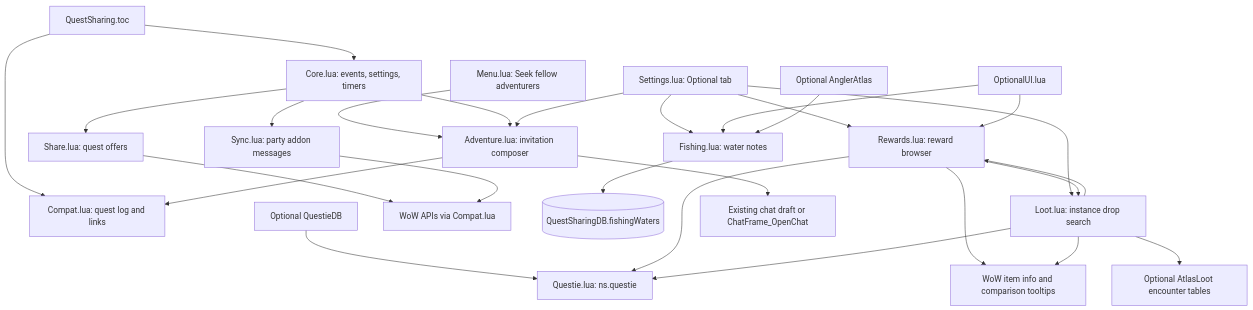
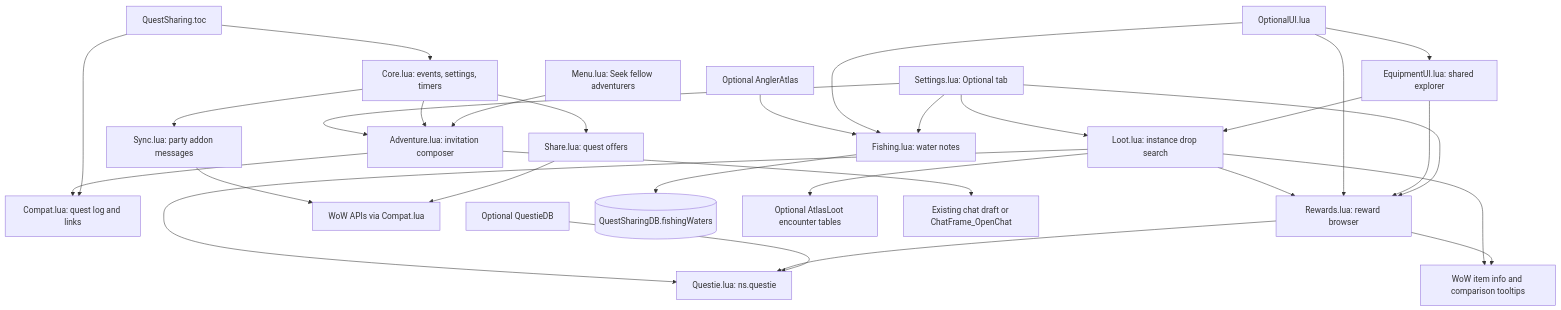
The first of 8 diagrams in context/architecture.md (YodaGitMaster/QuestSharing), drawn with Mermaid before and after one commit. The commit also changed other lines of this file and 12 other files, not shown here.

Commit message:
Unify equipment browsers with dungeon scope and shared filters

````diff
--- a/context/architecture.md
+++ b/context/architecture.md
@@ -81,29 +83,31 @@
 ```mermaid
 flowchart TD
     TOC[QuestSharing.toc] --> Compat[Compat.lua: ns.compat]
     TOC --> Core[Core.lua: events, settings, timers]
     Core --> Share[Share.lua: quest offers]
     Core --> Sync[Sync.lua: party addon messages]
     DB[Optional QuestieDB] --> Q[Questie.lua: ns.questie]
     Share --> API[WoW APIs via Compat.lua]
     Sync --> API
     Settings[Settings.lua: Optional tab] --> Fishing[Fishing.lua: water notes]
     Settings --> Rewards[Rewards.lua: reward browser]
-    OptionalUI[OptionalUI.lua] --> Fishing
+    OptionalUI[OptionalUI.lua] --> Equipment[EquipmentUI.lua: shared explorer]
+    Equipment --> Rewards
+    Equipment --> Loot
+    OptionalUI --> Fishing
     OptionalUI --> Rewards
     Fishing --> Waters[(QuestSharingDB.fishingWaters)]
     Atlas[Optional AnglerAtlas] --> Fishing
     Rewards --> Q
     Rewards --> Items[WoW item info and comparison tooltips]
     Settings --> Loot[Loot.lua: instance drop search]
-    Rewards --> Loot
     Loot --> AtlasLoot[Optional AtlasLoot encounter tables]
     Loot --> Q
     Loot --> Items
     Loot --> Rewards
     QuestMenu[Menu.lua: Seek fellow adventurers] --> Adventure[Adventure.lua: invitation composer]
     Core --> Adventure
     Settings --> Adventure
     Adventure --> Compat[Compat.lua: quest log and links]
     Adventure --> Chat[Existing chat draft or ChatFrame_OpenChat]
 ```
````
